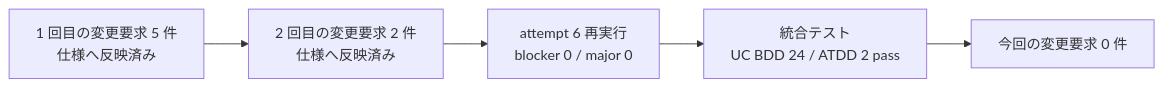
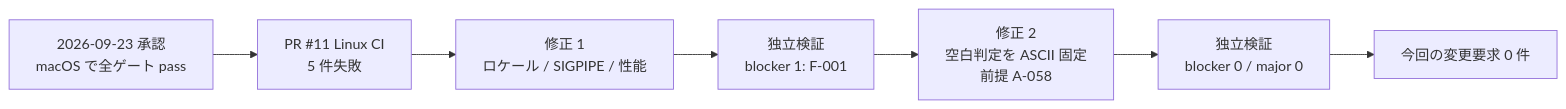
Before and after one commit to suwa-sh/relay-gate: the diagram in docs/impl/latest/eff24f55/feedback/as-built-summary.md, drawn with Mermaid. The commit also changed other lines of this file and 43 other files, not shown here.

First line of the commit message:
fix: ジョブマップ検証を Linux CI で通す(ロケール・SIGPIPE・性能)

````diff
--- a/docs/impl/latest/eff24f55/feedback/as-built-summary.md
+++ b/docs/impl/latest/eff24f55/feedback/as-built-summary.md
@@ -17,7 +19,9 @@
 ```mermaid
 flowchart LR
-  FB1[1 回目の変更要求 5 件<br/>仕様へ反映済み] --> FB2[2 回目の変更要求 2 件<br/>仕様へ反映済み]
-  FB2 --> A6[attempt 6 再実行<br/>blocker 0 / major 0]
-  A6 --> S67[統合テスト<br/>UC BDD 24 / ATDD 2 pass]
-  S67 --> R[今回の変更要求 0 件]
+  OK[2026-09-23 承認<br/>macOS で全ゲート pass] --> CI[PR #11 Linux CI<br/>5 件失敗]
+  CI --> FIX1[修正 1<br/>ロケール / SIGPIPE / 性能]
+  FIX1 --> V1[独立検証<br/>blocker 1: F-001]
+  V1 --> FIX2[修正 2<br/>空白判定を ASCII 固定<br/>前提 A-058]
+  FIX2 --> V2[独立検証<br/>blocker 0 / major 0]
+  V2 --> R[今回の変更要求 0 件]
 ```
````
